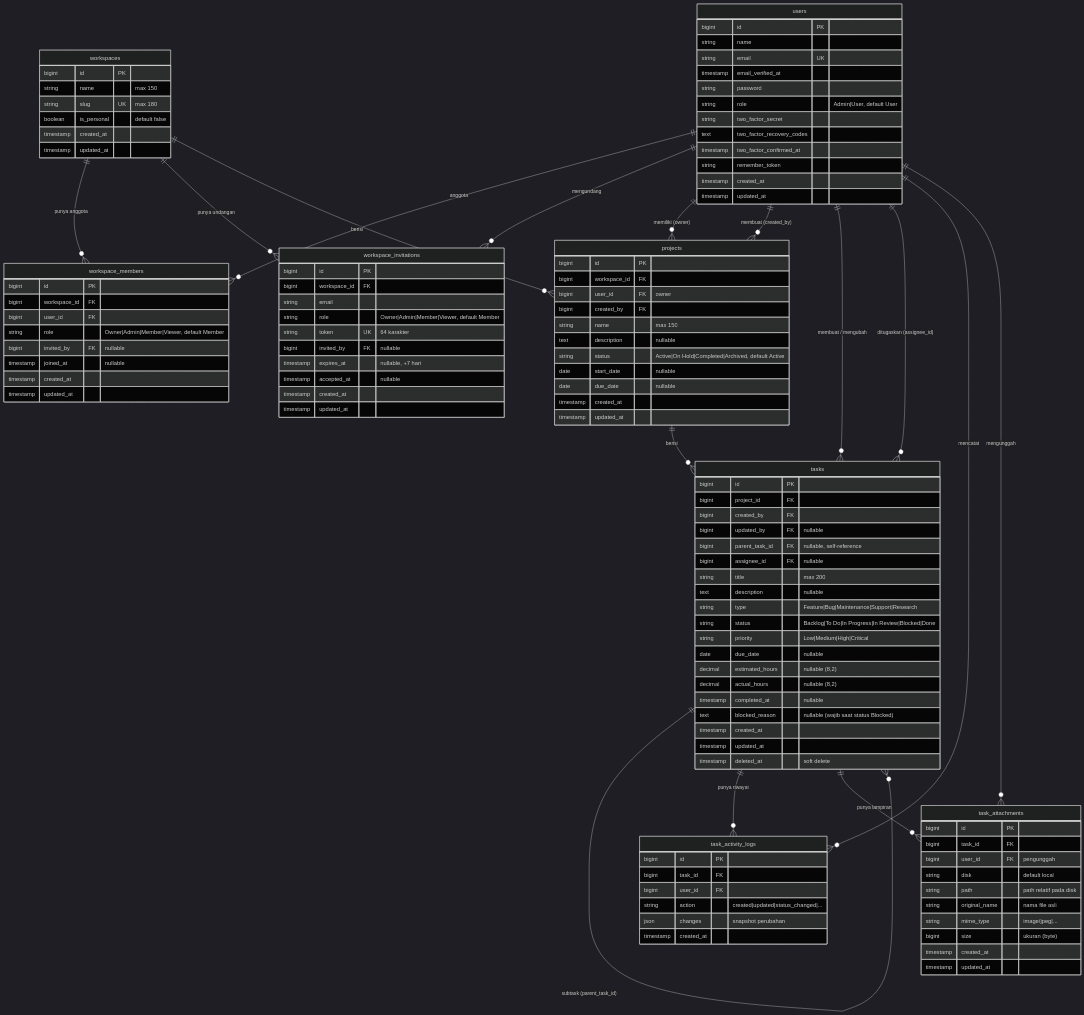
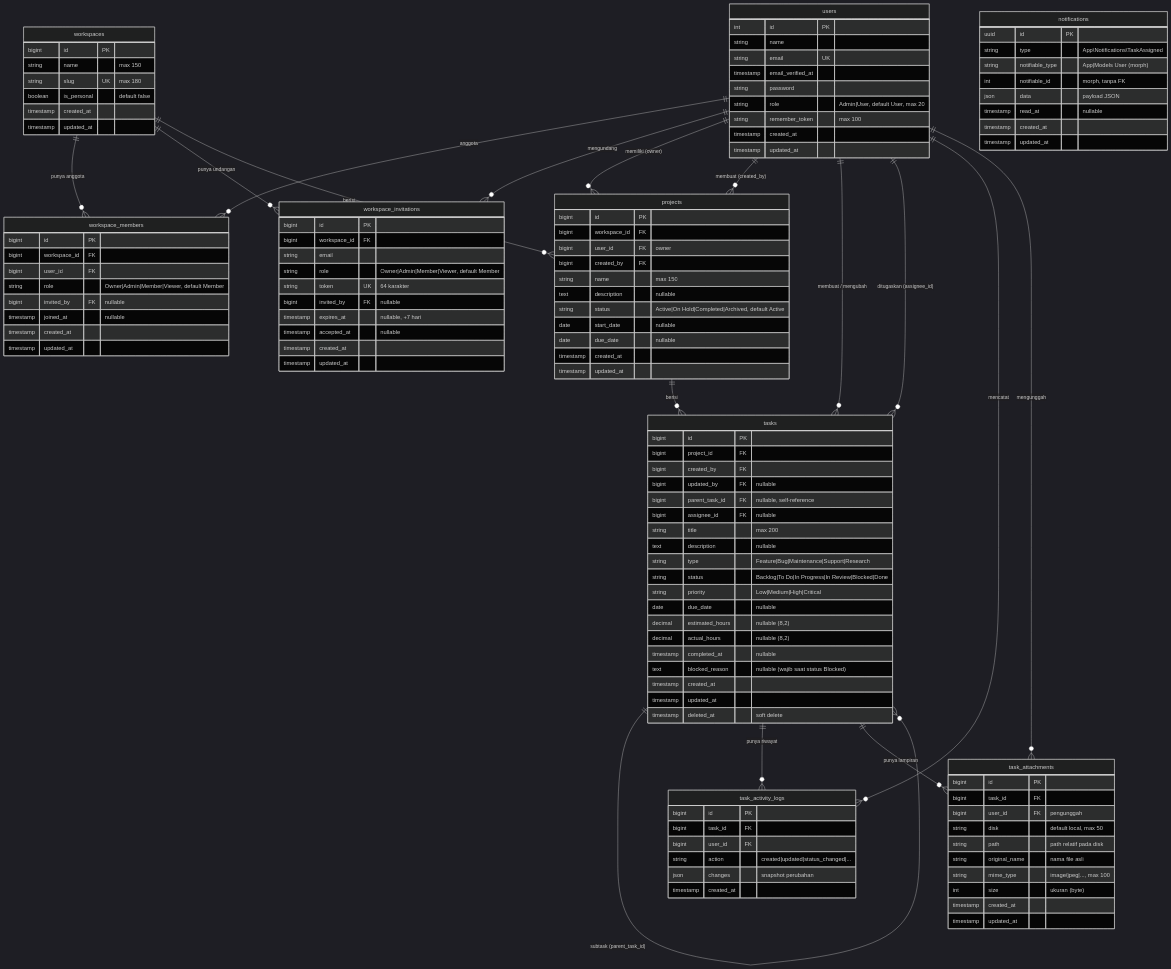
Before and after one commit to DevTask-app/frontend_davt: the diagram in docs/ERD.md, drawn with Mermaid (dark theme). The commit also changed other lines of this file and 15 other files, not shown here.

```diff
--- a/docs/ERD.md
+++ b/docs/ERD.md
@@ -24,16 +25,13 @@
     users ||--o{ task_attachments : "mengunggah"
 
     users {
-        bigint id PK
+        int id PK
         string name
         string email UK
         timestamp email_verified_at
         string password
-        string role "Admin|User, default User"
-        string two_factor_secret
-        text two_factor_recovery_codes
-        timestamp two_factor_confirmed_at
-        string remember_token
+        string role "Admin|User, default User, max 20"
+        string remember_token "max 100"
         timestamp created_at
         timestamp updated_at
     }
@@ -120,11 +118,22 @@
         bigint id PK
         bigint task_id FK
         bigint user_id FK "pengunggah"
-        string disk "default local"
+        string disk "default local, max 50"
         string path "path relatif pada disk"
         string original_name "nama file asli"
-        string mime_type "image/jpeg|..."
-        bigint size "ukuran (byte)"
+        string mime_type "image/jpeg|..., max 100"
+        int size "ukuran (byte)"
+        timestamp created_at
+        timestamp updated_at
+    }
+
+    notifications {
+        uuid id PK
+        string type "App\\Notifications\\TaskAssigned"
+        string notifiable_type "App|Models User (morph)"
+        int notifiable_id "morph, tanpa FK"
+        json data "payload JSON"
+        timestamp read_at "nullable"
         timestamp created_at
         timestamp updated_at
     }
```
